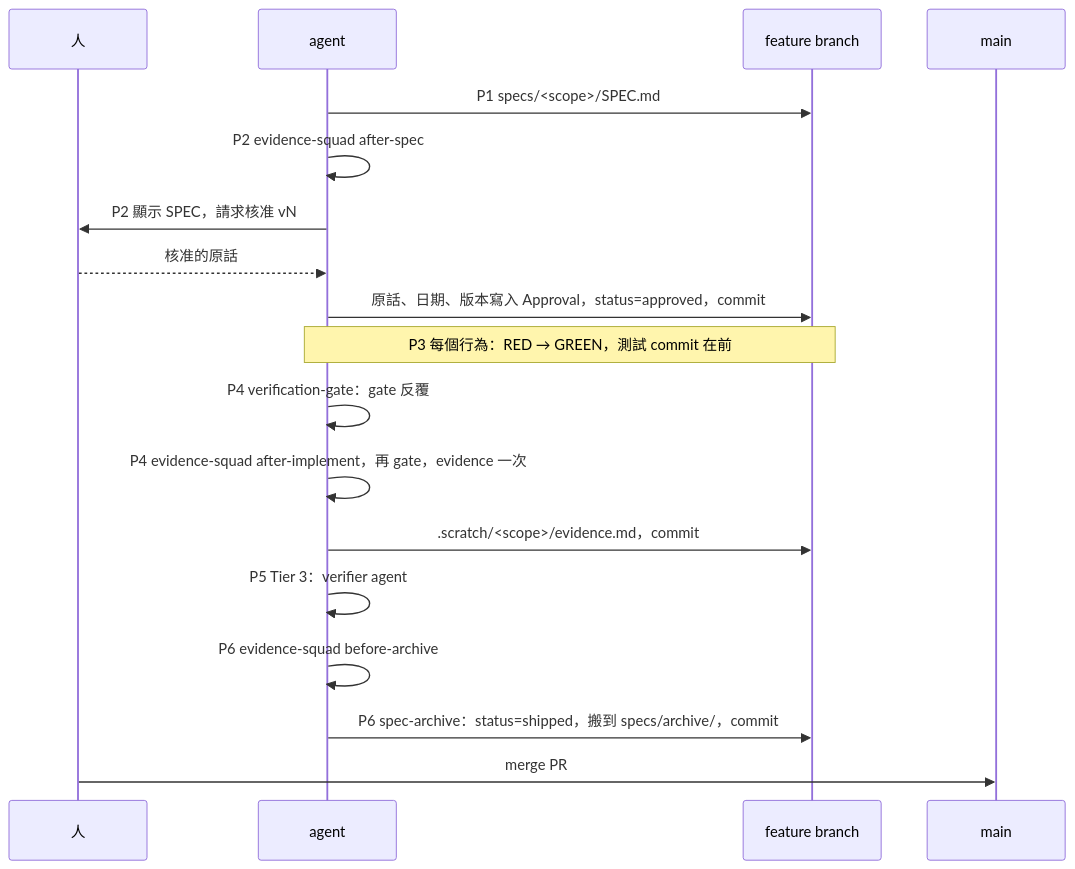
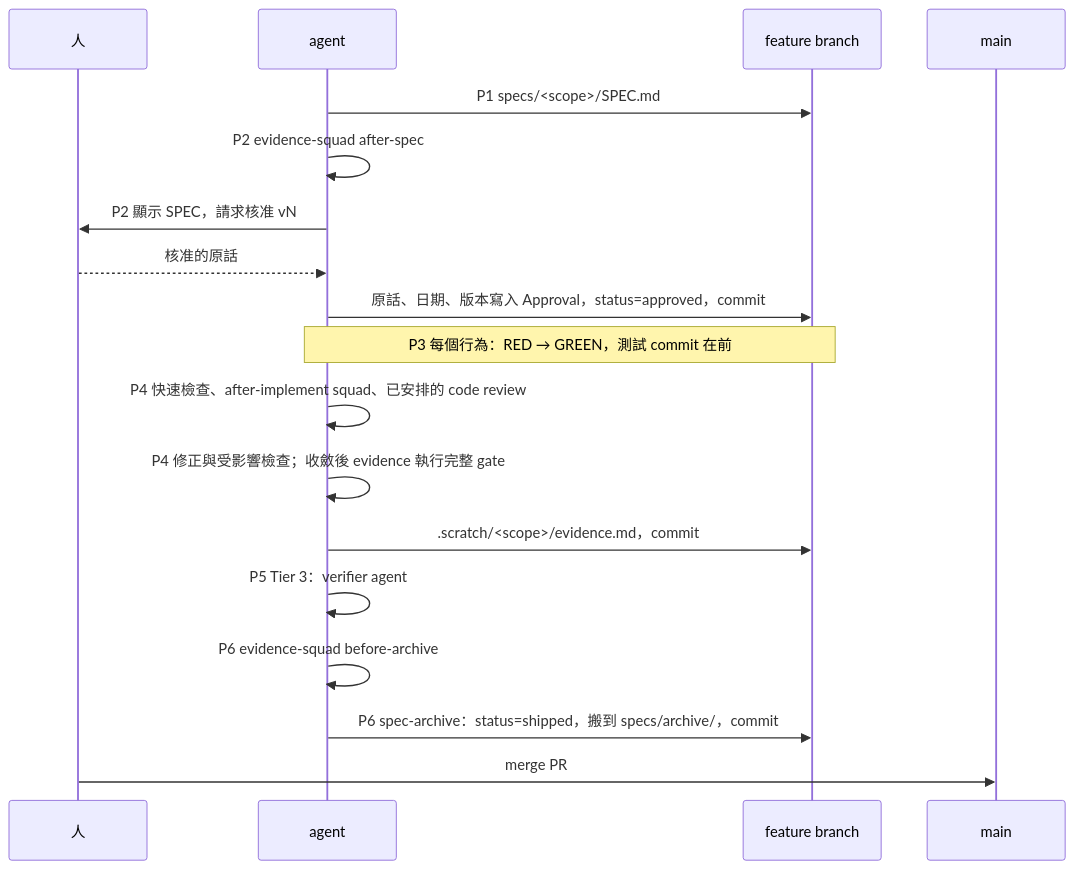
The diagram in docs/evidence-first.md (gn00678465/dotfiles), drawn with Mermaid before and after one commit. The commit also changed other lines of this file and 3 other files, not shown here.

First line of the commit message:
fix(evidence-first): 完整 gate 移到 review 之後避免昂貴重跑

````diff
--- a/docs/evidence-first.md
+++ b/docs/evidence-first.md
@@ -57,21 +57,21 @@
 ```mermaid
 sequenceDiagram
     participant H as 人
     participant A as agent
     participant G as feature branch
     participant M as main
 
     A->>G: P1 specs/<scope>/SPEC.md
     A->>A: P2 evidence-squad after-spec
     A->>H: P2 顯示 SPEC，請求核准 vN
     H-->>A: 核准的原話
     A->>G: 原話、日期、版本寫入 Approval，status=approved，commit
     Note over A,G: P3 每個行為：RED → GREEN，測試 commit 在前
-    A->>A: P4 verification-gate：gate 反覆
-    A->>A: P4 evidence-squad after-implement，再 gate，evidence 一次
+    A->>A: P4 快速檢查、after-implement squad、已安排的 code review
+    A->>A: P4 修正與受影響檢查；收斂後 evidence 執行完整 gate
     A->>G: .scratch/<scope>/evidence.md，commit
     A->>A: P5 Tier 3：verifier agent
     A->>A: P6 evidence-squad before-archive
     A->>G: P6 spec-archive：status=shipped，搬到 specs/archive/，commit
     H->>M: merge PR
 ```
````
